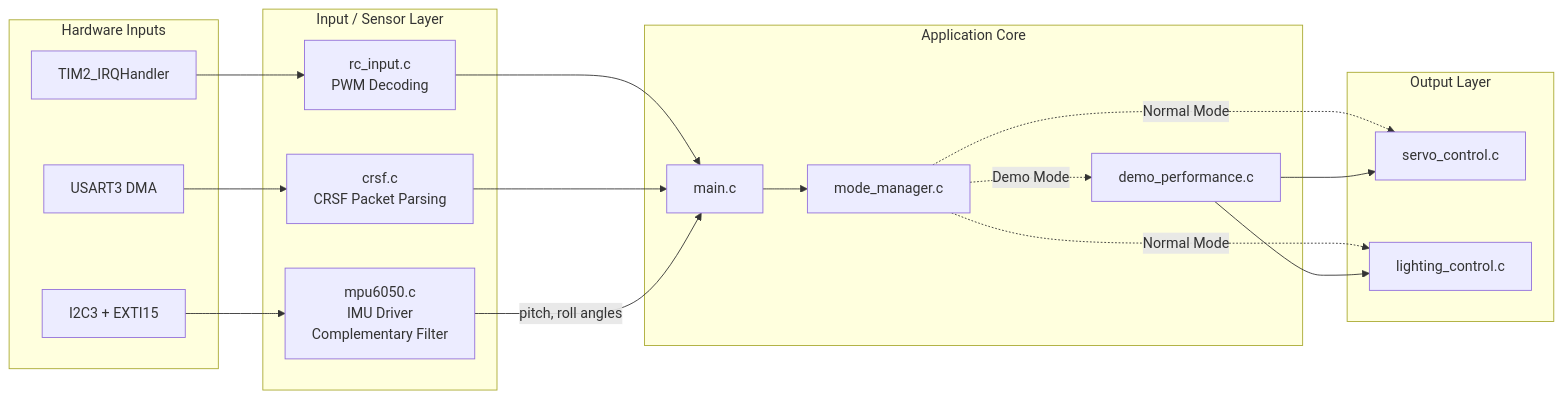
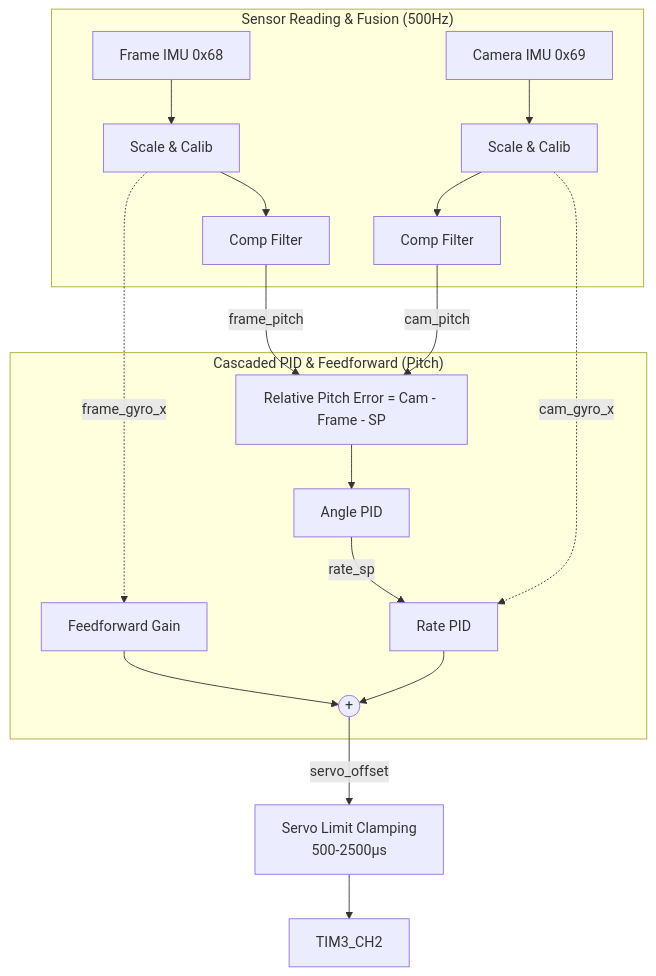
Before and after one commit to QT3112/STM32G4_Lighting: the second of 3 diagrams in docs/firmware_architecture.md, drawn with Mermaid. The commit also changed other lines of this file and 12 other files, not shown here.

````diff
--- a/docs/firmware_architecture.md
+++ b/docs/firmware_architecture.md
@@ -99,41 +106,26 @@
 ```mermaid
-graph LR
-    subgraph "Hardware Inputs"
-        TIM2[TIM2_IRQHandler]
-        UART3[USART3 DMA]
-        I2C1_HW[I2C3 + EXTI15]
+graph TD
+    subgraph "Sensor Reading & Fusion (500Hz)"
+        FR_RAW[Frame IMU 0x68] --> FR_SCL[Scale & Calib]
+        CA_RAW[Camera IMU 0x69] --> CA_SCL[Scale & Calib]
+        
+        FR_SCL --> FR_CF[Comp Filter]
+        CA_SCL --> CA_CF[Comp Filter]
     end
 
-    subgraph "Input / Sensor Layer"
-        RC[rc_input.c\nPWM Decoding]
-        CRSF[crsf.c\nCRSF Packet Parsing]
-        MPU[mpu6050.c\nIMU Driver\nComplementary Filter]
+    FR_CF -->|frame_pitch| REL_ERR
+    CA_CF -->|cam_pitch| REL_ERR
+    REL_ERR[Relative Pitch Error = Cam - Frame - SP]
+
+    subgraph "Cascaded PID & Feedforward (Pitch)"
+        REL_ERR --> P_ANG[Angle PID]
+        P_ANG -->|rate_sp| P_RATE[Rate PID]
+        CA_SCL -.->|cam_gyro_x| P_RATE
+        FR_SCL -.->|frame_gyro_x| FF[Feedforward Gain]
+        FF --> SUM((+))
+        P_RATE --> SUM
     end
 
-    subgraph "Application Core"
-        MAIN[main.c]
-        MODE[mode_manager.c]
-        DEMO[demo_performance.c]
-    end
-
-    subgraph "Output Layer"
-        SRV[servo_control.c]
-        LGT[lighting_control.c]
-    end
-
-    TIM2 --> RC
-    UART3 --> CRSF
-    I2C1_HW --> MPU
-
-    RC --> MAIN
-    CRSF --> MAIN
-    MPU -->|pitch, roll angles| MAIN
-
-    MAIN --> MODE
-    MODE -.->|Normal Mode| SRV
-    MODE -.->|Normal Mode| LGT
-    MODE -.->|Demo Mode| DEMO
-
-    DEMO --> SRV
-    DEMO --> LGT
+    SUM -->|servo_offset| OUT[Servo Limit Clamping\n500-2500µs]
+    OUT --> TIM3[TIM3_CH2]
 ```
````
